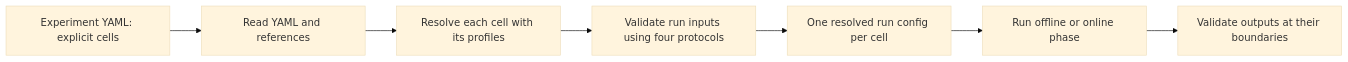
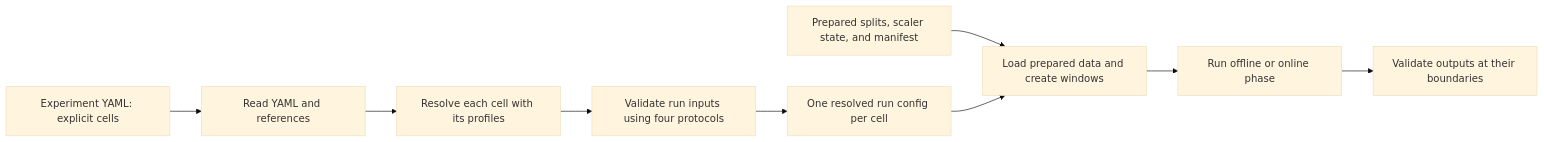
Before and after one commit to TheMetaSetter/bachelor-thesis-2026: the diagram in documents/logs/2026-11-09/plan/plan-config-signatures-and-fields.md, drawn with Mermaid (base theme). The commit also changed other lines of this file and 1563 other files, not shown here.

````diff
--- a/documents/logs/2026-11-09/plan/plan-config-signatures-and-fields.md
+++ b/documents/logs/2026-11-09/plan/plan-config-signatures-and-fields.md
@@ -27,9 +50,11 @@
 ```mermaid
 flowchart LR
+    P[Prepared splits, scaler state, and manifest] --> L[Load prepared data and create windows]
     A[Experiment YAML: explicit cells] --> B[Read YAML and references]
     B --> C[Resolve each cell with its profiles]
     C --> D[Validate run inputs using four protocols]
     D --> E[One resolved run config per cell]
-    E --> F[Run offline or online phase]
+    E --> L
+    L --> F[Run offline or online phase]
     F --> G[Validate outputs at their boundaries]
 ```
````
